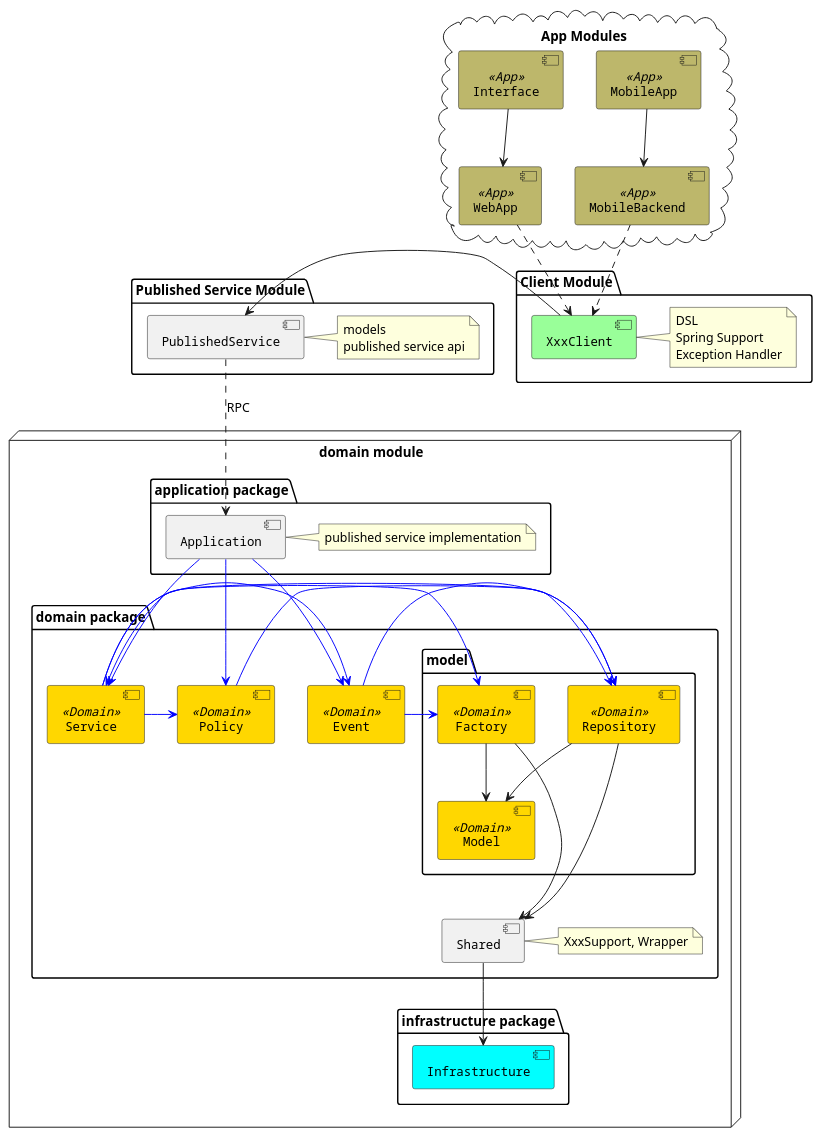
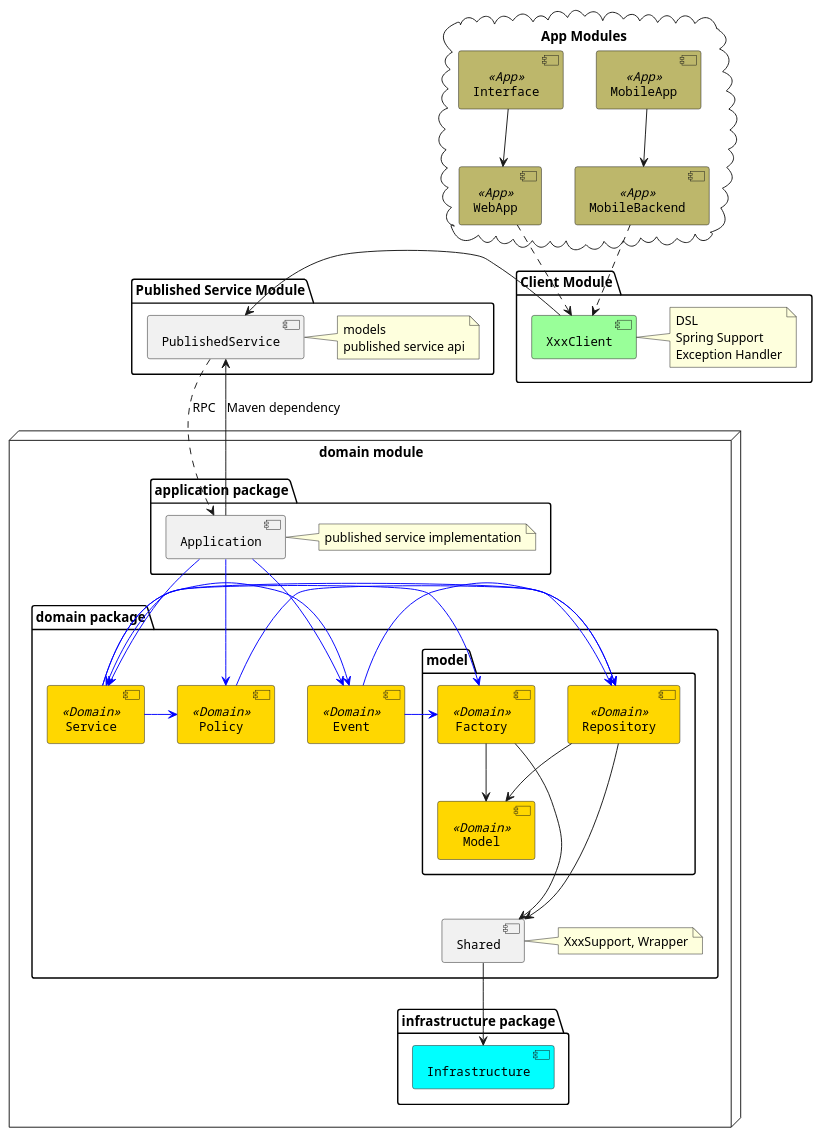
Before and after one commit to linux-china/ddd-base: the diagram in src/main/puml/ddd-components-rpc.puml, drawn with PlantUML.

Commit message:
add maven dependency

```diff
--- a/src/main/puml/ddd-components-rpc.puml
+++ b/src/main/puml/ddd-components-rpc.puml
@@ -1,74 +1,75 @@
 @startuml
 
 node "domain module" {
     package "domain package"  {
         package "model" {
            [Model] <<Domain>>
            [Repository] <<Domain>>
            [Factory] <<Domain>>
         }
        [Shared]
         note right of Shared : XxxSupport, Wrapper
        [Service] <<Domain>>
        [Event] <<Domain>>
        [Policy] <<Domain>>
     }
     package "application package" {
       [Application]
       note right of Application : published service implementation
     }
     package "infrastructure package" {
       [Infrastructure] #Aqua
     }
 }
 package "Published Service Module" {
    [PublishedService]
    note right of PublishedService : models\npublished service api
 
 }
 package "Client Module" {
    [XxxClient] #99FF99
    note right of XxxClient : DSL\nSpring Support\nException Handler
 
    [XxxClient] -> [PublishedService]
 }
 
 cloud "App Modules" {
     [WebApp] <<App>>
     [MobileBackend] <<App>>
     [Interface] <<App>>
     [MobileApp] <<App>>
 }
 
 [Shared] --> [Infrastructure]
 [Repository] ---> [Shared]
 [Repository] --> [Model]
 [Factory] ---> [Shared]
 [Service] -[#0000FF]> [Factory]
 [Service] -[#0000FF]> [Repository]
 [Service] -[#0000FF]> [Policy]
 [Policy] -[#0000FF]> [Repository]
 [Factory] --> [Model]
 [Event] -[#0000FF]> [Factory]
 [Event] <-[#0000FF]> [Service]
 [Event] -[#0000FF]> [Repository]
 
 [Application] -[#0000FF]-> [Service]
 [Application] -[#0000FF]-> [Event]
 [Application] -[#0000FF]-> [Policy]
 
 [PublishedService] ..> [Application]: RPC
+[PublishedService] <-- [Application]: Maven dependency
 
 [WebApp] ..> [XxxClient]
 [Interface] --> [WebApp]
 [MobileBackend] ..> [XxxClient]
 [MobileApp] --> [MobileBackend]
 
 skinparam component {
   FontSize 13
   BackgroundColor<<Domain>> gold
   BackgroundColor<<App>> DarkKhaki
   FontName Courier
 }
 
 @enduml
```
